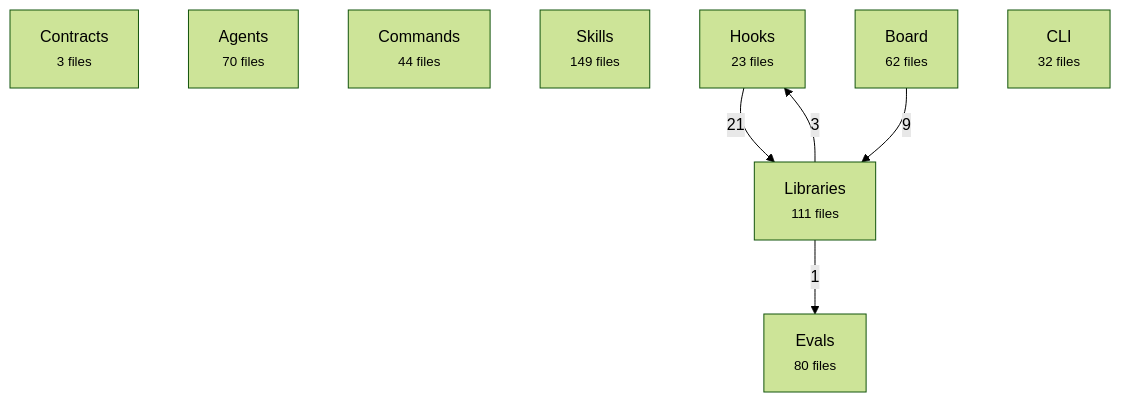
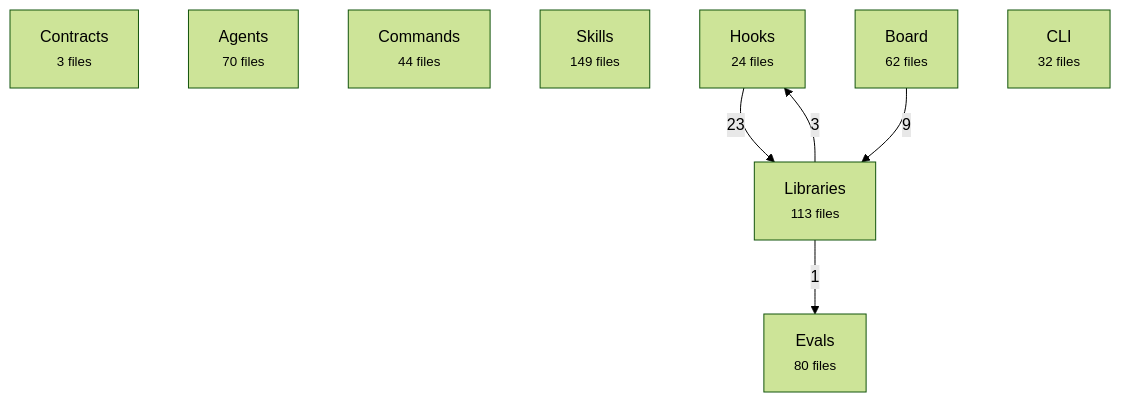
One commit to avelikiy/great_cto changed the first of 2 diagrams in docs/reference/architecture-map.md. Above: the diagram before and after it, drawn with Mermaid (forest theme). The commit also changed other lines of this file and 6 other files, not shown here.

````diff
--- a/docs/reference/architecture-map.md
+++ b/docs/reference/architecture-map.md
@@ -20,16 +20,16 @@
 ```mermaid
 flowchart TD
   contracts["Contracts<br/><small>3 files</small>"]
   agents["Agents<br/><small>70 files</small>"]
   commands["Commands<br/><small>44 files</small>"]
   skills["Skills<br/><small>149 files</small>"]
-  hooks["Hooks<br/><small>23 files</small>"]
-  libs["Libraries<br/><small>111 files</small>"]
+  hooks["Hooks<br/><small>24 files</small>"]
+  libs["Libraries<br/><small>113 files</small>"]
   board["Board<br/><small>62 files</small>"]
   cli["CLI<br/><small>32 files</small>"]
   evals["Evals<br/><small>80 files</small>"]
-  hooks -->|21| libs
+  hooks -->|23| libs
   board -->|9| libs
   libs -->|3| hooks
   libs -->|1| evals
 ```
````
